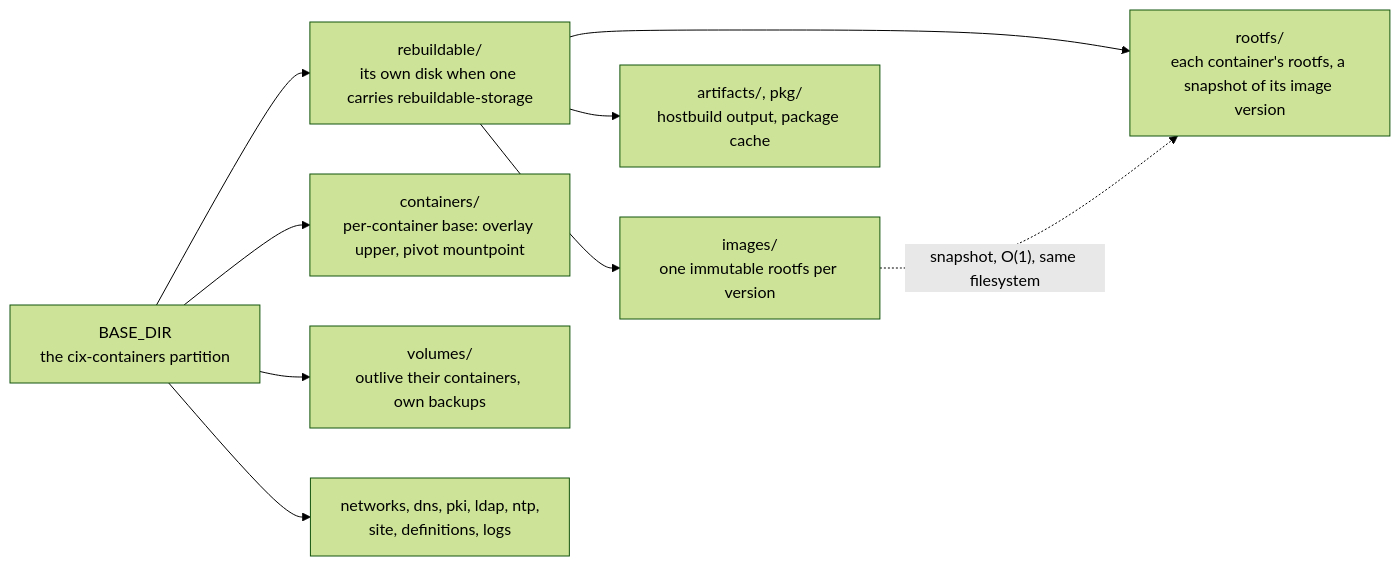
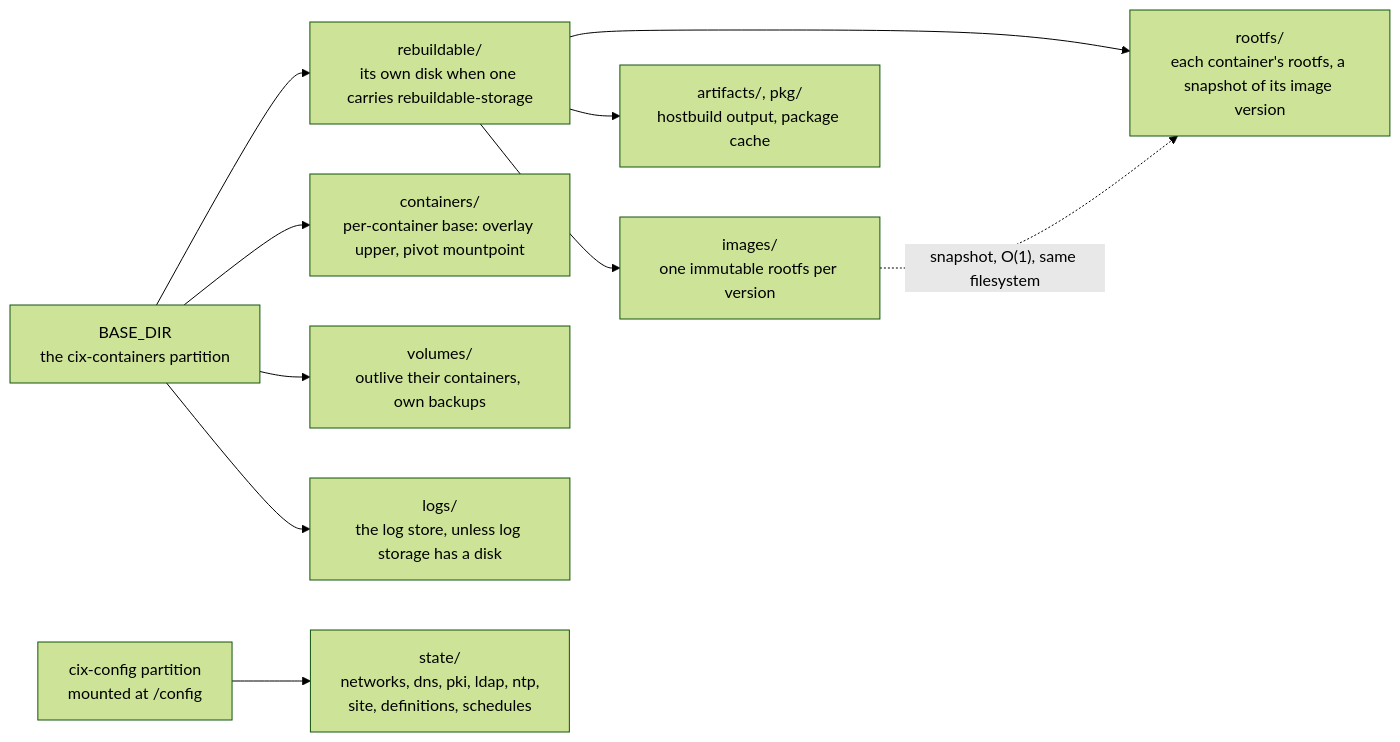
The fourth of 6 diagrams in docs/architecture/architecture.md (The-Cix-Project/cix), drawn with Mermaid (forest theme) before and after one commit. The commit also changed other lines of this file and 2 other files, not shown here.

First line of the commit message:
docs sweep: the architecture page matches the code

````diff
--- a/docs/architecture/architecture.md
+++ b/docs/architecture/architecture.md
@@ -108,11 +112,12 @@
 ```mermaid
 flowchart LR
     base["BASE_DIR<br/>the cix-containers partition"] --> rebuild["rebuildable/<br/>its own disk when one carries rebuildable-storage"]
     rebuild --> imgs["images/<br/>one immutable rootfs per version"]
     rebuild --> rootfs["rootfs/<br/>each container's rootfs, a snapshot of its image version"]
     imgs -. "snapshot, O(1), same filesystem" .-> rootfs
     rebuild --> arts["artifacts/, pkg/<br/>hostbuild output, package cache"]
     base --> ctrs["containers/<br/>per-container base: overlay upper, pivot mountpoint"]
     base --> vols["volumes/<br/>outlive their containers, own backups"]
-    base --> cfg["networks, dns, pki, ldap, ntp,<br/>site, definitions, logs"]
+    base --> logs["logs/<br/>the log store, unless log storage has a disk"]
+    config["cix-config partition<br/>mounted at /config"] --> cfg["state/<br/>networks, dns, pki, ldap, ntp,<br/>site, definitions, schedules"]
 ```
````
